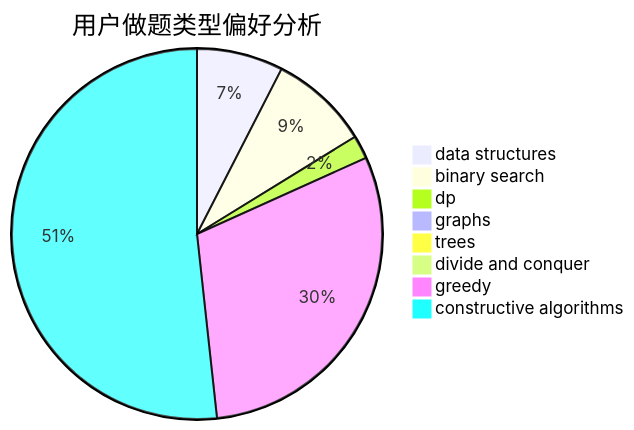
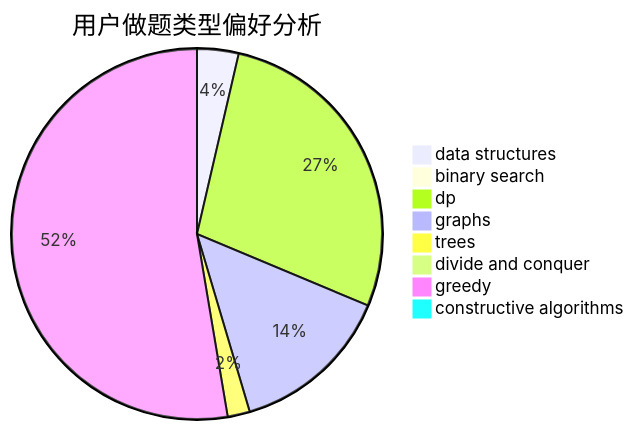
One commit to sherpahu/cfrs.github.io changed the second of 3 diagrams in docs/user/u1258.md. Above: the diagram before and after it, drawn with Mermaid. The commit also changed other lines of this file and 2770 other files, not shown here.

````diff
--- a/docs/user/u1258.md
+++ b/docs/user/u1258.md
@@ -23,11 +23,11 @@
 ```mermaid
 pie title 用户做题类型偏好分析
-    "data structures" :  59
-    "binary search" :  68
-    "dp" :  16
-    "graphs" :  4
-    "trees" :  3
+    "data structures" :  28
+    "binary search" :  3
+    "dp" :  214
+    "graphs" :  109
+    "trees" :  15
     "divide and conquer" :  0
-    "greedy" :  235
-    "constructive algorithms" :  405
+    "greedy" :  407
+    "constructive algorithms" :  3
 ```
````
